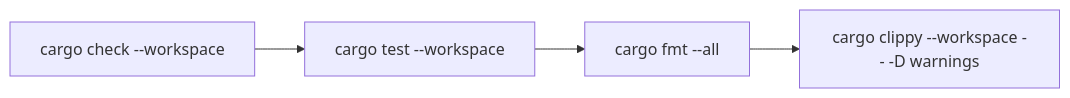
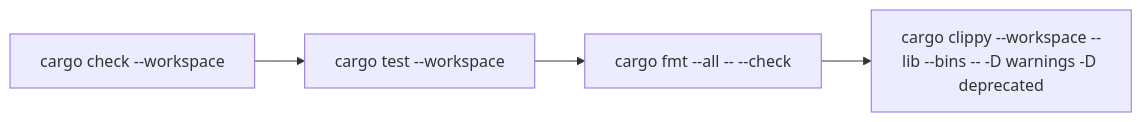
One commit to tsfarizi/antikhitera-mcp-client changed the third of 3 diagrams in documentation/BUILD.md. Above: the diagram before and after it, drawn with Mermaid. The commit also changed other lines of this file and 115 other files, not shown here.

````diff
--- a/documentation/BUILD.md
+++ b/documentation/BUILD.md
@@ -145,6 +145,6 @@
 ```mermaid
 flowchart LR
     CHECK[cargo check --workspace] --> TEST[cargo test --workspace]
-    TEST --> FMT[cargo fmt --all]
-    FMT --> CLIPPY[cargo clippy --workspace -- -D warnings]
+    TEST --> FMT[cargo fmt --all -- --check]
+    FMT --> CLIPPY[cargo clippy --workspace --lib --bins -- -D warnings -D deprecated]
 ```
````
